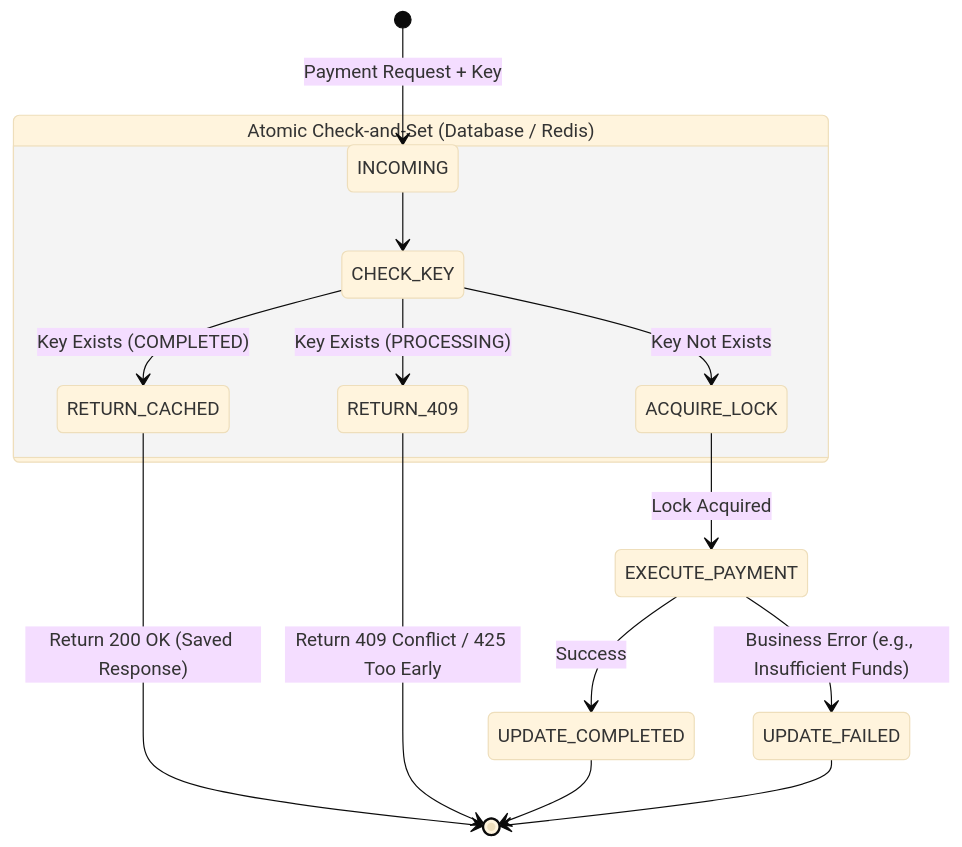
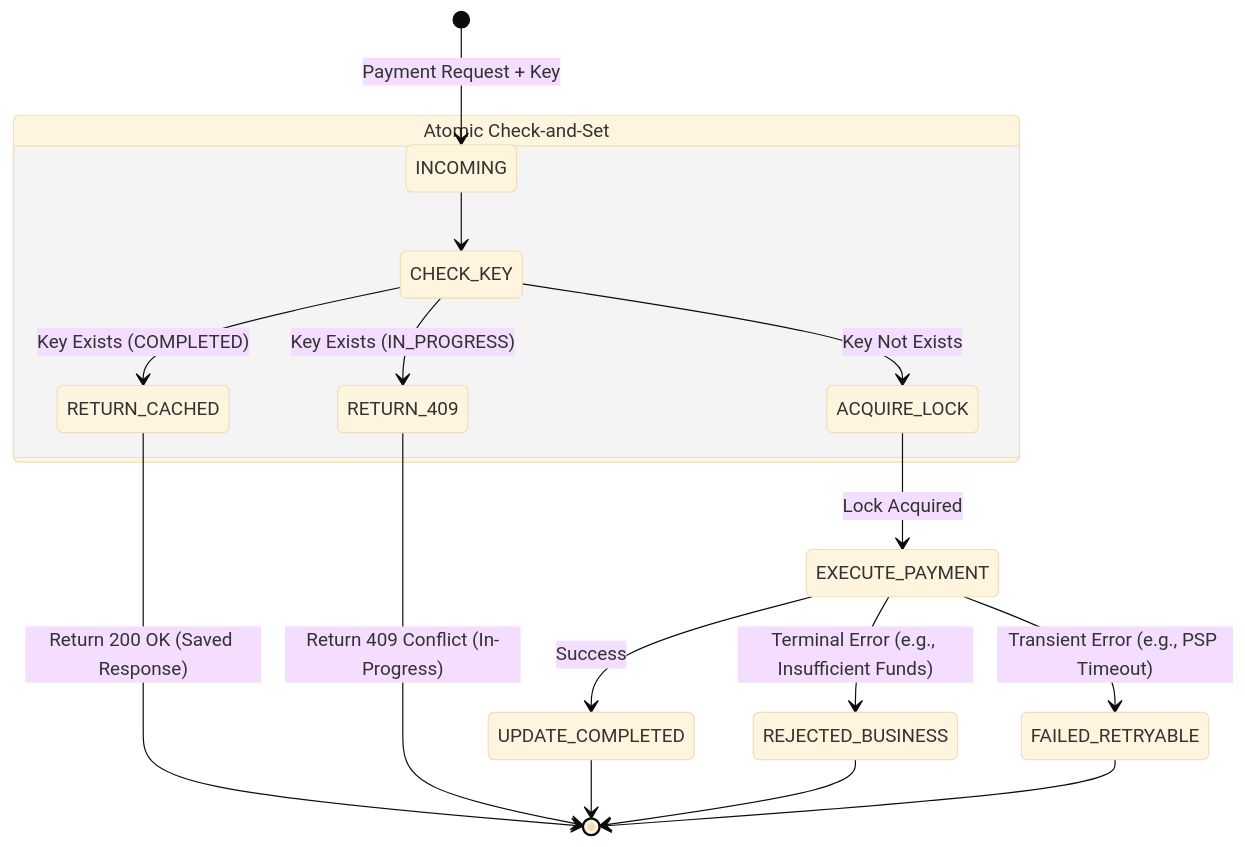
One commit to tuanhiep/tuanhiep.github.io changed the diagram in content/posts/series_2/1.global_payment_gateway_idempotency.md. Above: the diagram before and after it, drawn with Mermaid (base theme). The commit also changed other lines of this file, not shown here.

Commit message:
Global Payment Gateway (1/4): The Idempotent Payment API

`````diff
--- a/content/posts/series_2/1.global_payment_gateway_idempotency.md
+++ b/content/posts/series_2/1.global_payment_gateway_idempotency.md
@@ -64,21 +64,23 @@
 ```mermaid
 stateDiagram-v2
     [*] --> INCOMING: Payment Request + Key
 
-    state "Atomic Check-and-Set (Database / Redis)" as CAS {
+    state "Atomic Check-and-Set" as CAS {
         INCOMING --> CHECK_KEY
         CHECK_KEY --> RETURN_CACHED: Key Exists (COMPLETED)
-        CHECK_KEY --> RETURN_409: Key Exists (PROCESSING)
+        CHECK_KEY --> RETURN_409: Key Exists (IN_PROGRESS)
         CHECK_KEY --> ACQUIRE_LOCK: Key Not Exists
     }
 
     RETURN_CACHED --> [*]: Return 200 OK (Saved Response)
-    RETURN_409 --> [*]: Return 409 Conflict / 425 Too Early
+    RETURN_409 --> [*]: Return 409 Conflict (In-Progress)
 
     ACQUIRE_LOCK --> EXECUTE_PAYMENT: Lock Acquired
     EXECUTE_PAYMENT --> UPDATE_COMPLETED: Success
-    EXECUTE_PAYMENT --> UPDATE_FAILED: Business Error (e.g., Insufficient Funds)
+    EXECUTE_PAYMENT --> REJECTED_BUSINESS: Terminal Error (e.g., Insufficient Funds)
+    EXECUTE_PAYMENT --> FAILED_RETRYABLE: Transient Error (e.g., PSP Timeout)
 
     UPDATE_COMPLETED --> [*]
-    UPDATE_FAILED --> [*]
-````
+    REJECTED_BUSINESS --> [*]
+    FAILED_RETRYABLE --> [*]
+```
`````
